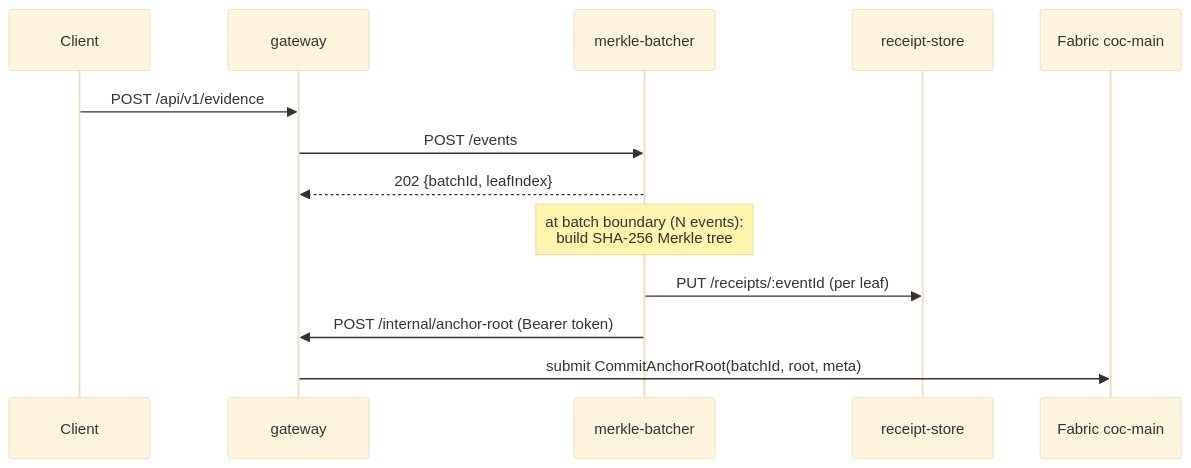
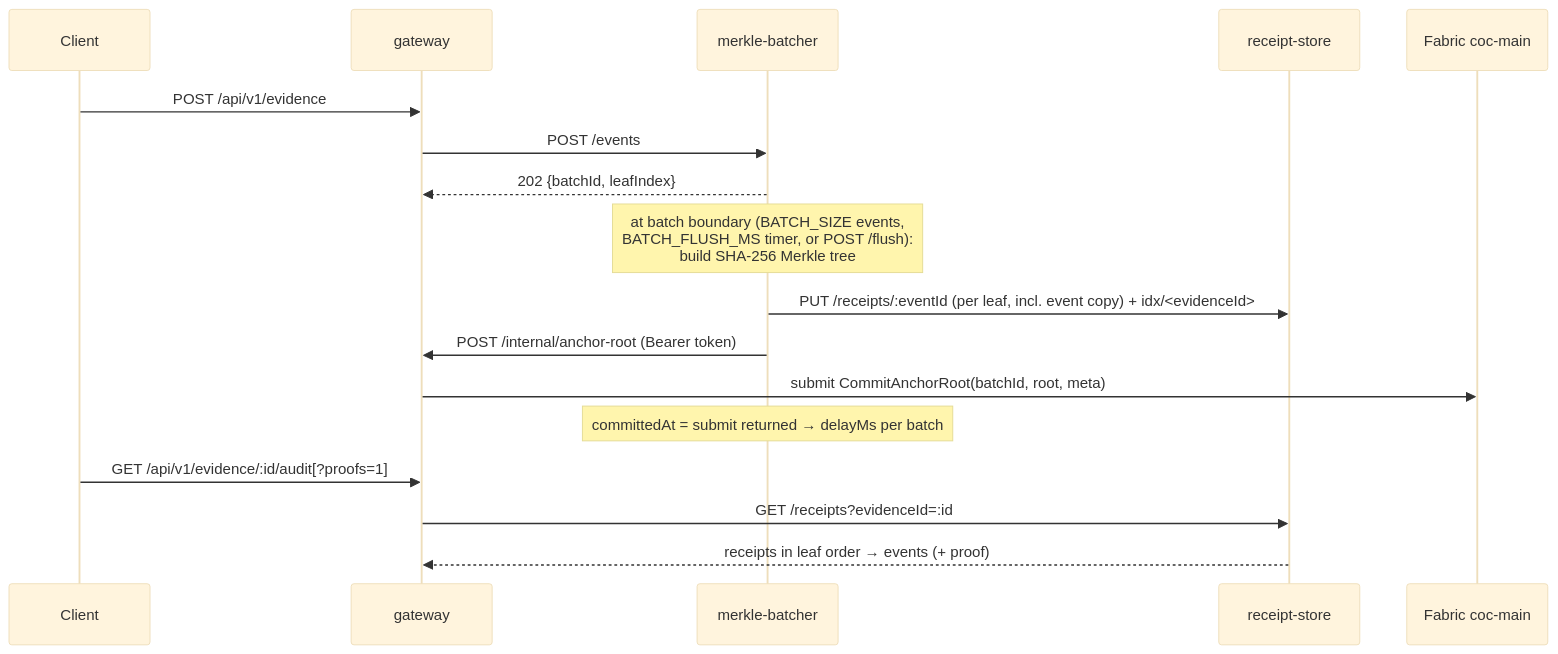
The third of 8 diagrams in docs/AS-BUILT.md (theflorist18/GLEIPNIR), drawn with Mermaid (base theme) before and after one commit. The commit also changed other lines of this file and 103 other files, not shown here.

````diff
--- a/docs/AS-BUILT.md
+++ b/docs/AS-BUILT.md
@@ -164,15 +186,19 @@
 ```mermaid
 sequenceDiagram
     participant C as Client
     participant G as gateway
     participant B as merkle-batcher
     participant R as receipt-store
     participant F as Fabric coc-main
     C->>G: POST /api/v1/evidence
     G->>B: POST /events
     B-->>G: 202 {batchId, leafIndex}
-    Note over B: at batch boundary (N events):<br/>build SHA-256 Merkle tree
-    B->>R: PUT /receipts/:eventId (per leaf)
+    Note over B: at batch boundary (BATCH_SIZE events,<br/>BATCH_FLUSH_MS timer, or POST /flush):<br/>build SHA-256 Merkle tree
+    B->>R: PUT /receipts/:eventId (per leaf, incl. event copy) + idx/<evidenceId>
     B->>G: POST /internal/anchor-root (Bearer token)
     G->>F: submit CommitAnchorRoot(batchId, root, meta)
+    Note over B: committedAt = submit returned → delayMs per batch
+    C->>G: GET /api/v1/evidence/:id/audit[?proofs=1]
+    G->>R: GET /receipts?evidenceId=:id
+    R-->>G: receipts in leaf order → events (+ proof)
 ```
````
